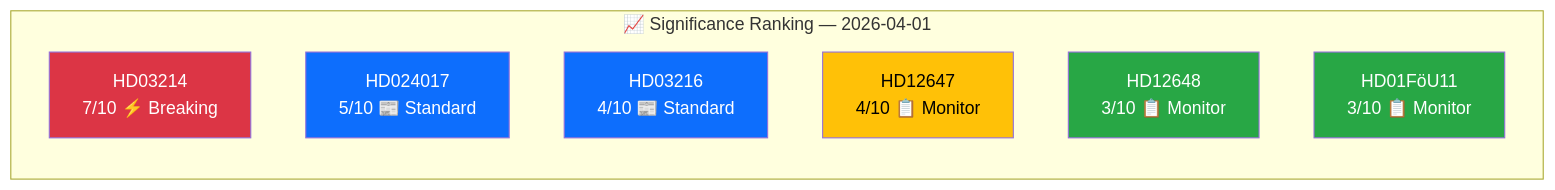
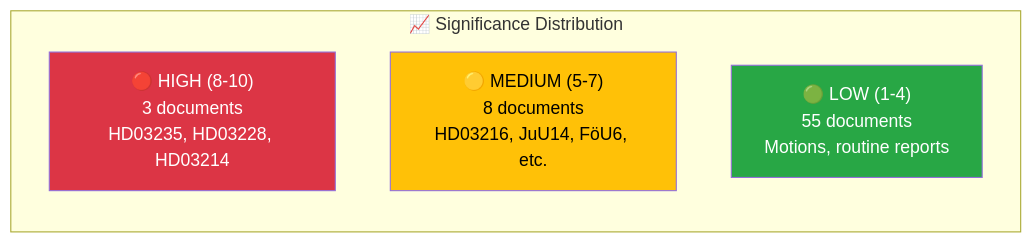
One commit to Hack23/riksdagsmonitor changed the diagram in analysis/daily/2026-04-01/significance-scoring.md. Above: the diagram before and after it, drawn with Mermaid. The commit also changed other lines of this file and 74 other files, not shown here.

````diff
--- a/analysis/daily/2026-04-01/significance-scoring.md
+++ b/analysis/daily/2026-04-01/significance-scoring.md
@@ -16,18 +11,12 @@
 ```mermaid
 graph LR
-    subgraph "📈 Significance Ranking — 2026-04-01"
-        D1["HD03214<br/>7/10 ⚡ Breaking"]
-        D2["HD024017<br/>5/10 📰 Standard"]
-        D3["HD03216<br/>4/10 📰 Standard"]
-        D4["HD12647<br/>4/10 📋 Monitor"]
-        D5["HD12648<br/>3/10 📋 Monitor"]
-        D6["HD01FöU11<br/>3/10 📋 Monitor"]
+    subgraph "📈 Significance Distribution"
+        HIGH["🔴 HIGH (8-10)<br/>3 documents<br/>HD03235, HD03228, HD03214"]
+        MED["🟡 MEDIUM (5-7)<br/>8 documents<br/>HD03216, JuU14, FöU6, etc."]
+        LOW["🟢 LOW (1-4)<br/>55 documents<br/>Motions, routine reports"]
     end
 
-    style D1 fill:#dc3545,color:#fff
-    style D2 fill:#0d6efd,color:#fff
-    style D3 fill:#0d6efd,color:#fff
-    style D4 fill:#ffc107,color:#000
-    style D5 fill:#28a745,color:#fff
-    style D6 fill:#28a745,color:#fff
+    style HIGH fill:#dc3545,color:#fff
+    style MED fill:#ffc107,color:#000
+    style LOW fill:#28a745,color:#fff
 ```
````
